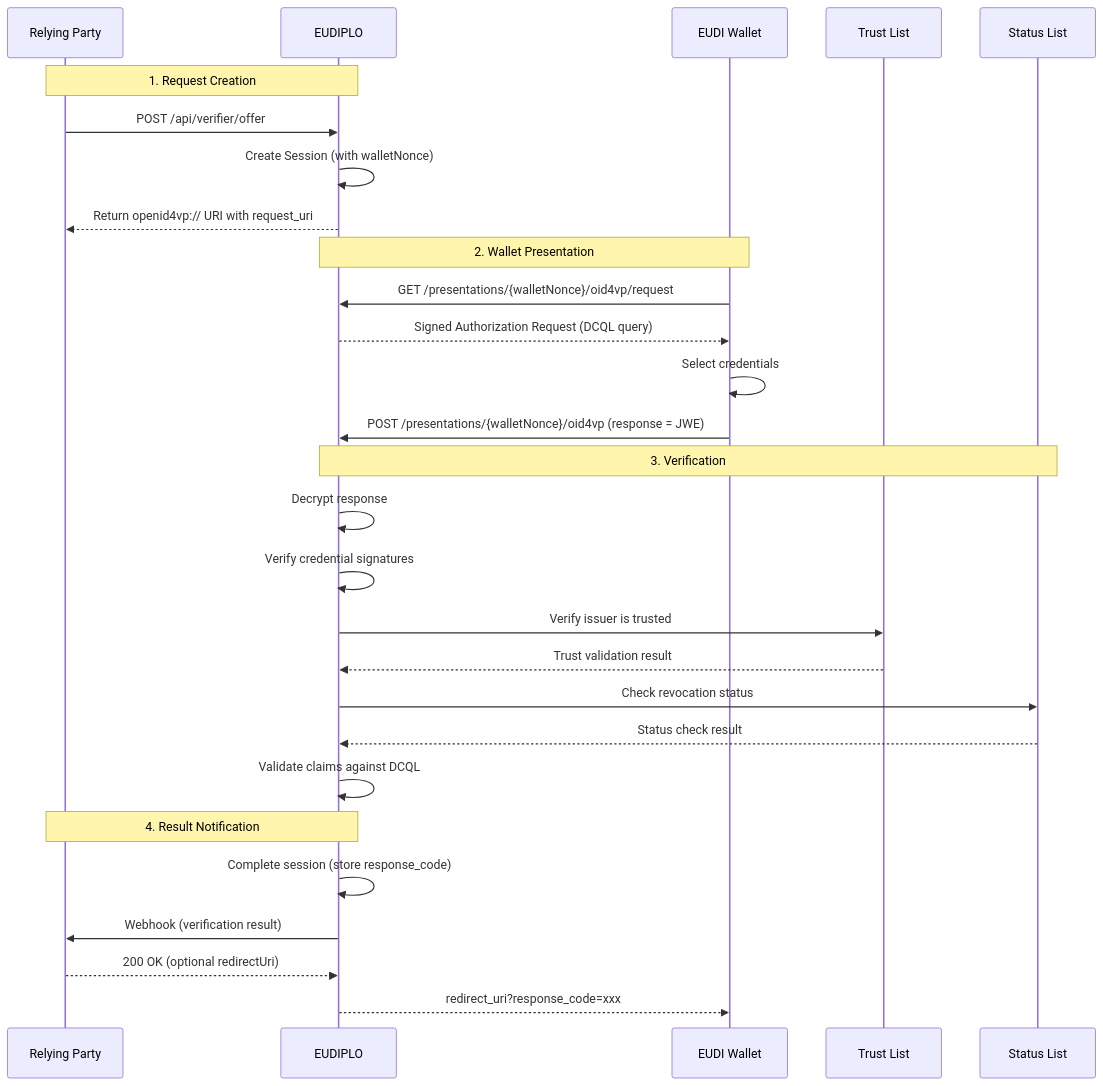
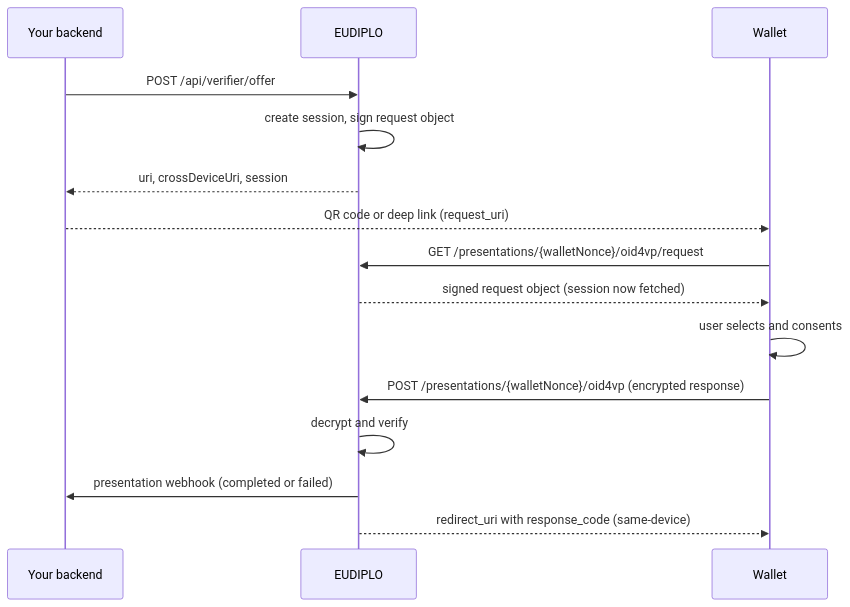
Before and after one commit to EUDIPLO/eudiplo: the first of 3 diagrams in apps/docs/docs/concepts/presentation.md, drawn with Mermaid. The commit also changed other lines of this file and 8 other files, not shown here.

````diff
--- a/apps/docs/docs/concepts/presentation.md
+++ b/apps/docs/docs/concepts/presentation.md
@@ -34,34 +12,18 @@
 ```mermaid
 sequenceDiagram
-    participant RP as Relying Party
+    participant BE as Your backend
     participant E as EUDIPLO
-    participant W as EUDI Wallet
-    participant TL as Trust List
-    participant SL as Status List
+    participant W as Wallet
 
-    Note over RP,E: 1. Request Creation
-    RP->>E: POST /api/verifier/offer
-    E->>E: Create Session (with walletNonce)
-    E-->>RP: Return openid4vp:// URI with request_uri
-
-    Note over W,E: 2. Wallet Presentation
+    BE->>E: POST /api/verifier/offer
+    E->>E: create session, sign request object
+    E-->>BE: uri, crossDeviceUri, session
+    BE-->>W: QR code or deep link (request_uri)
     W->>E: GET /presentations/{walletNonce}/oid4vp/request
-    E-->>W: Signed Authorization Request (DCQL query)
-    W->>W: Select credentials
-    W->>E: POST /presentations/{walletNonce}/oid4vp (response = JWE)
-
-    Note over E,SL: 3. Verification
-    E->>E: Decrypt response
-    E->>E: Verify credential signatures
-    E->>TL: Verify issuer is trusted
-    TL-->>E: Trust validation result
-    E->>SL: Check revocation status
-    SL-->>E: Status check result
-    E->>E: Validate claims against DCQL
-
-    Note over E,RP: 4. Result Notification
-    E->>E: Complete session (store response_code)
-    E->>RP: Webhook (verification result)
-    RP-->>E: 200 OK (optional redirectUri)
-    E-->>W: redirect_uri?response_code=xxx
+    E-->>W: signed request object (session now fetched)
+    W->>W: user selects and consents
+    W->>E: POST /presentations/{walletNonce}/oid4vp (encrypted response)
+    E->>E: decrypt and verify
+    E->>BE: presentation webhook (completed or failed)
+    E-->>W: redirect_uri with response_code (same-device)
 ```
````
